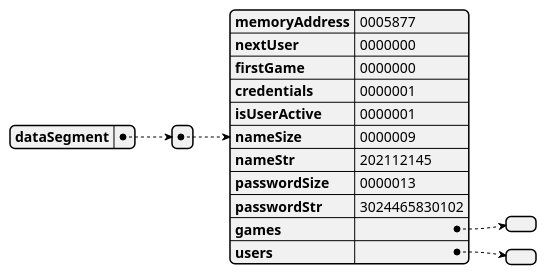
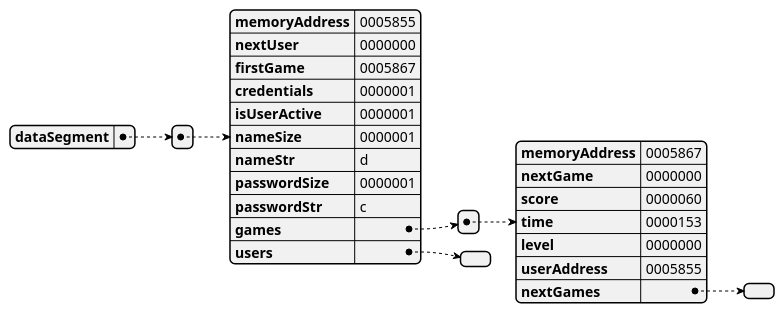
One commit to danielcuque/ACE1-PROYECTO2 changed the diagram in docs/uml/README.md. Above: the diagram before and after it, drawn with PlantUML. The commit also changed 5 other files, not shown here.

`````diff
--- a/docs/uml/README.md
+++ b/docs/uml/README.md
@@ -1,16 +1,22 @@
 ````plantuml
 @startjson memoryGraph
 {"dataSegment":
-[{"memoryAddress":"0005877",
+[{"memoryAddress":"0005855",
 "nextUser":"0000000",
-"firstGame":"0000000",
+"firstGame":"0005867",
 "credentials":"0000001",
 "isUserActive":"0000001",
-"nameSize":"0000009",
-"nameStr":"202112145",
-"passwordSize":"0000013",
-"passwordStr":"3024465830102",
-"games":[],
+"nameSize":"0000001",
+"nameStr":"d",
+"passwordSize":"0000001",
+"passwordStr":"c",
+"games":[{"memoryAddress":"0005867",
+"nextGame":"0000000",
+"score":"0000060",
+"time":"0000153",
+"level":"0000000",
+"userAddress":"0005855",
+"nextGames":[]}],
 "users":[]}]}
 @endjson
 ````
`````
